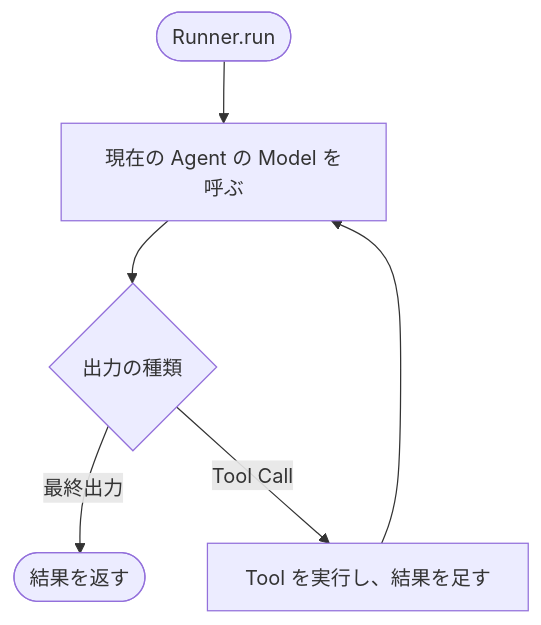
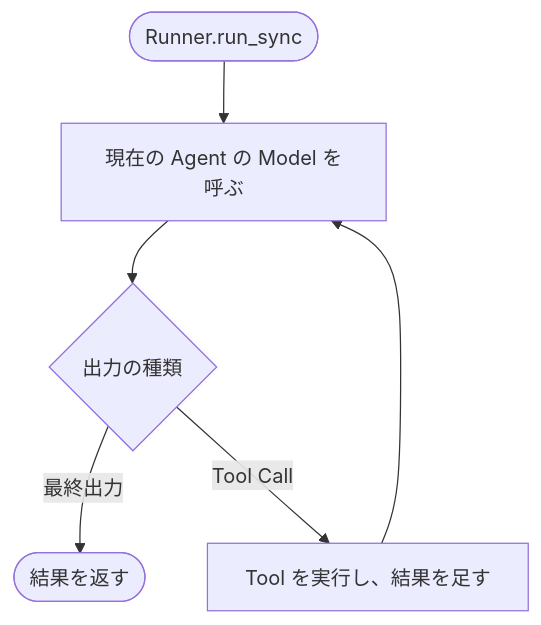
Before and after one commit to p1ass/blog: the third of 4 diagrams in app/routes/posts/agent-concepts-and-modeling/index.mdx, drawn with Mermaid. The commit also changed other lines of this file, not shown here.

````diff
--- a/app/routes/posts/agent-concepts-and-modeling/index.mdx
+++ b/app/routes/posts/agent-concepts-and-modeling/index.mdx
@@ -161,8 +162,8 @@
 ```mermaid
 flowchart TD
-  start([Runner.run]) --> invoke[現在の Agent の Model を呼ぶ]
+  start([Runner.run_sync]) --> invoke[現在の Agent の Model を呼ぶ]
   invoke --> kind{出力の種類}
   kind -->|最終出力| done([結果を返す])
   kind -->|Tool Call| exec[Tool を実行し、結果を足す]
   exec --> invoke
 ```
````
